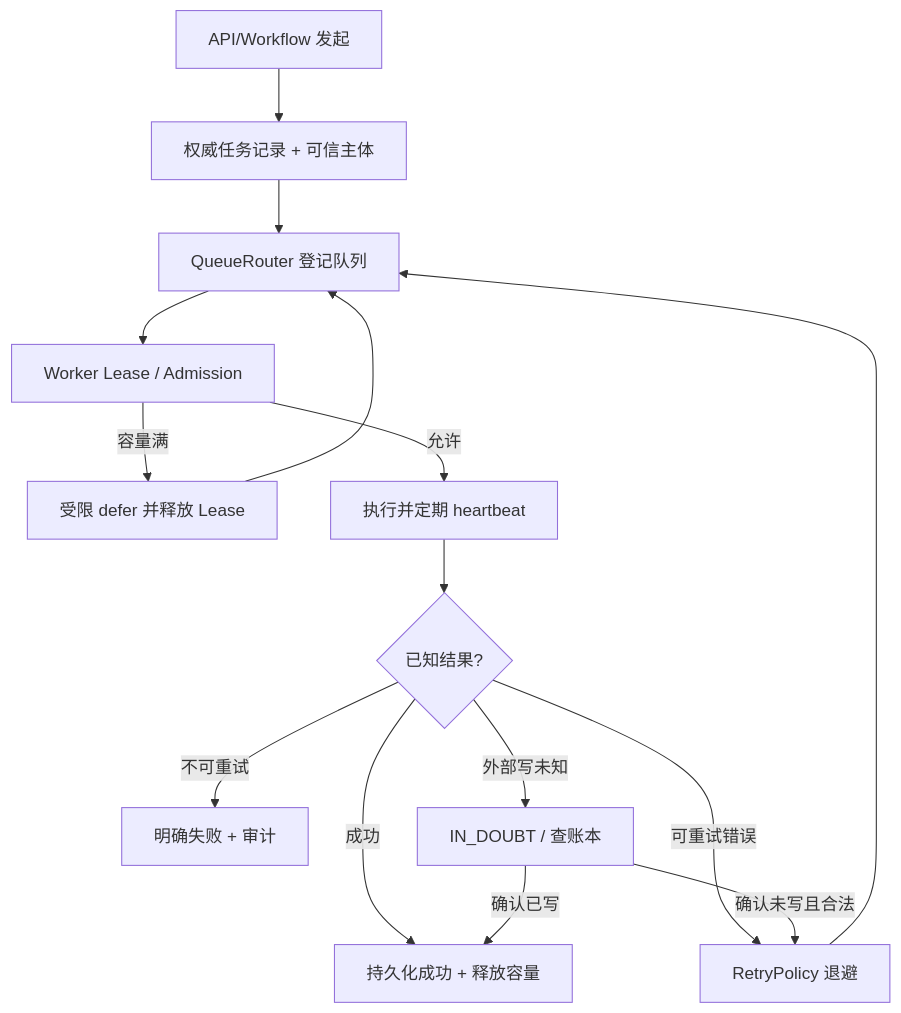
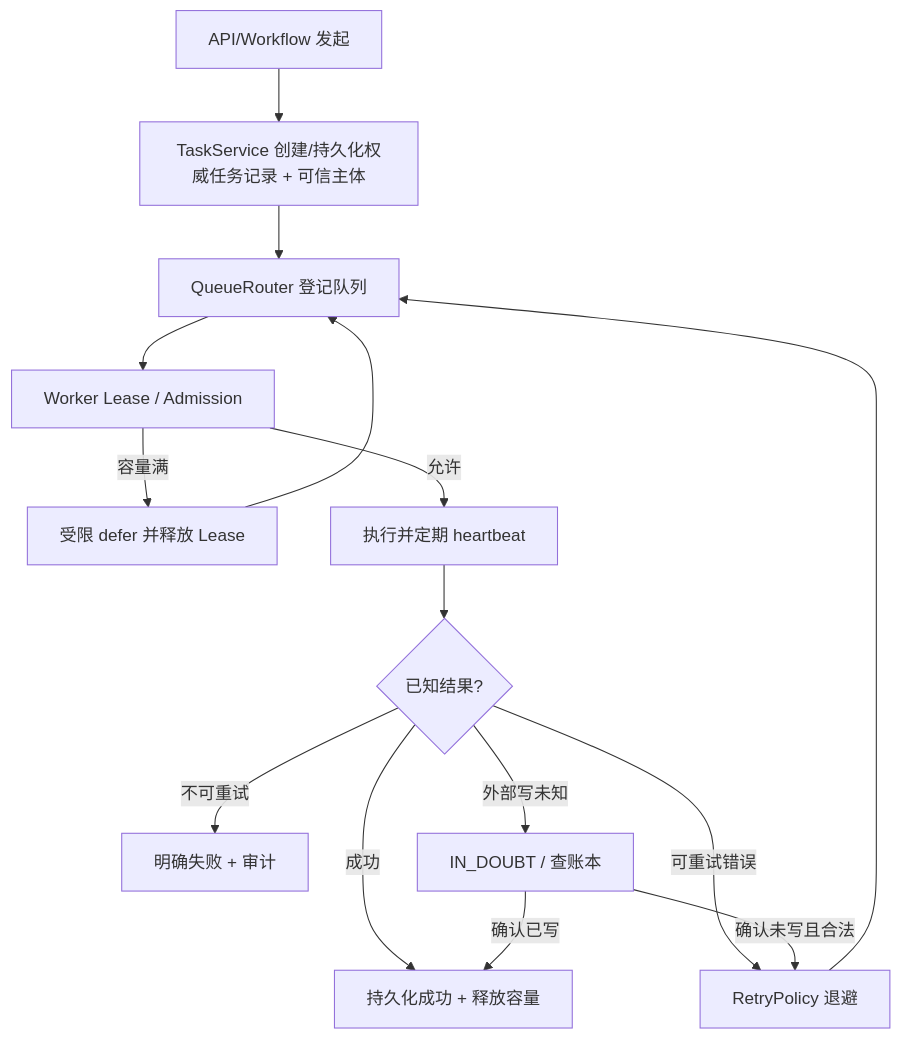
One commit to Jayus-07/agent changed the diagram in docs/architecture/async-task-governance.md. Above: the diagram before and after it, drawn with Mermaid. The commit also changed other lines of this file and 2 other files, not shown here.

Commit message:
docs(review): correct task creation, L1 lifetime and selection tenant scope

````diff
--- a/docs/architecture/async-task-governance.md
+++ b/docs/architecture/async-task-governance.md
@@ -22,16 +23,16 @@
 ```mermaid
 flowchart TD
-  API[API/Workflow 发起] --> RECORD[权威任务记录 + 可信主体]
+  API[API/Workflow 发起] --> RECORD[TaskService 创建/持久化权威任务记录 + 可信主体]
   RECORD --> QUEUE[QueueRouter 登记队列]
   QUEUE --> LEASE[Worker Lease / Admission]
   LEASE -->|容量满| DEFER[受限 defer 并释放 Lease]
   DEFER --> QUEUE
   LEASE -->|允许| RUN[执行并定期 heartbeat]
   RUN --> RESULT{已知结果?}
   RESULT -->|成功| OK[持久化成功 + 释放容量]
   RESULT -->|可重试错误| RETRY[RetryPolicy 退避] --> QUEUE
   RESULT -->|不可重试| FAILED[明确失败 + 审计]
   RESULT -->|外部写未知| UNKNOWN[IN_DOUBT / 查账本]
   UNKNOWN -->|确认已写| OK
   UNKNOWN -->|确认未写且合法| RETRY
 ```
````
